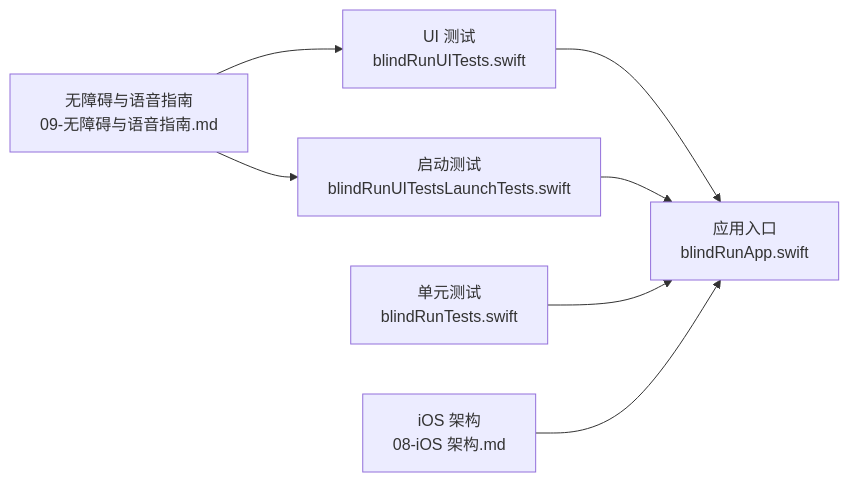
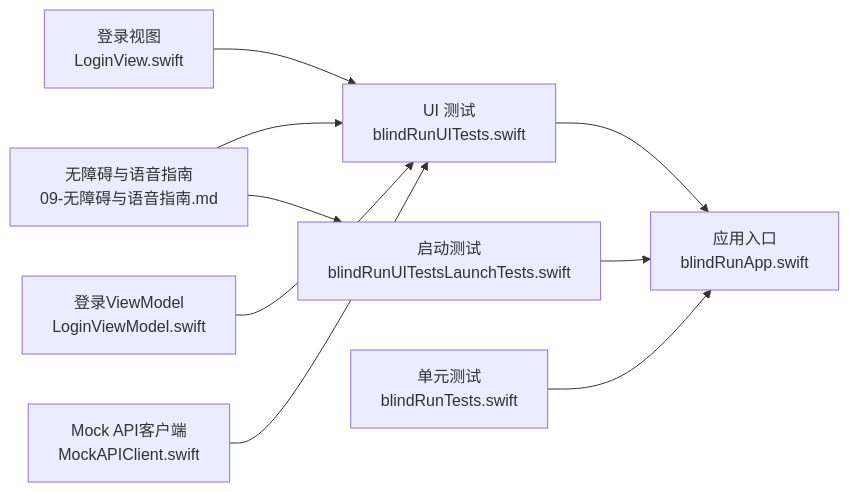
One commit to Jayden23018/blind-run-ios changed the fifth of 5 diagrams in .qoder/repowiki/zh/content/测试策略/UI 自动化测试.md. Above: the diagram before and after it, drawn with Mermaid. The commit also changed other lines of this file and 15 other files, not shown here.

````diff
--- a/.qoder/repowiki/zh/content/测试策略/UI 自动化测试.md
+++ b/.qoder/repowiki/zh/content/测试策略/UI 自动化测试.md
@@ -281,9 +329,11 @@
 ```mermaid
 graph LR
 UIT["UI 测试<br/>blindRunUITests.swift"] --> APP["应用入口<br/>blindRunApp.swift"]
 LUT["启动测试<br/>blindRunUITestsLaunchTests.swift"] --> APP
 CT["单元测试<br/>blindRunTests.swift"] --> APP
 ACC["无障碍与语音指南<br/>09-无障碍与语音指南.md"] --> UIT
 ACC --> LUT
-ARCH["iOS 架构<br/>08-iOS 架构.md"] --> APP
+LOGIN["登录视图<br/>LoginView.swift"] --> UIT
+VM["登录ViewModel<br/>LoginViewModel.swift"] --> UIT
+MOCK["Mock API客户端<br/>MockAPIClient.swift"] --> UIT
 ```
````
